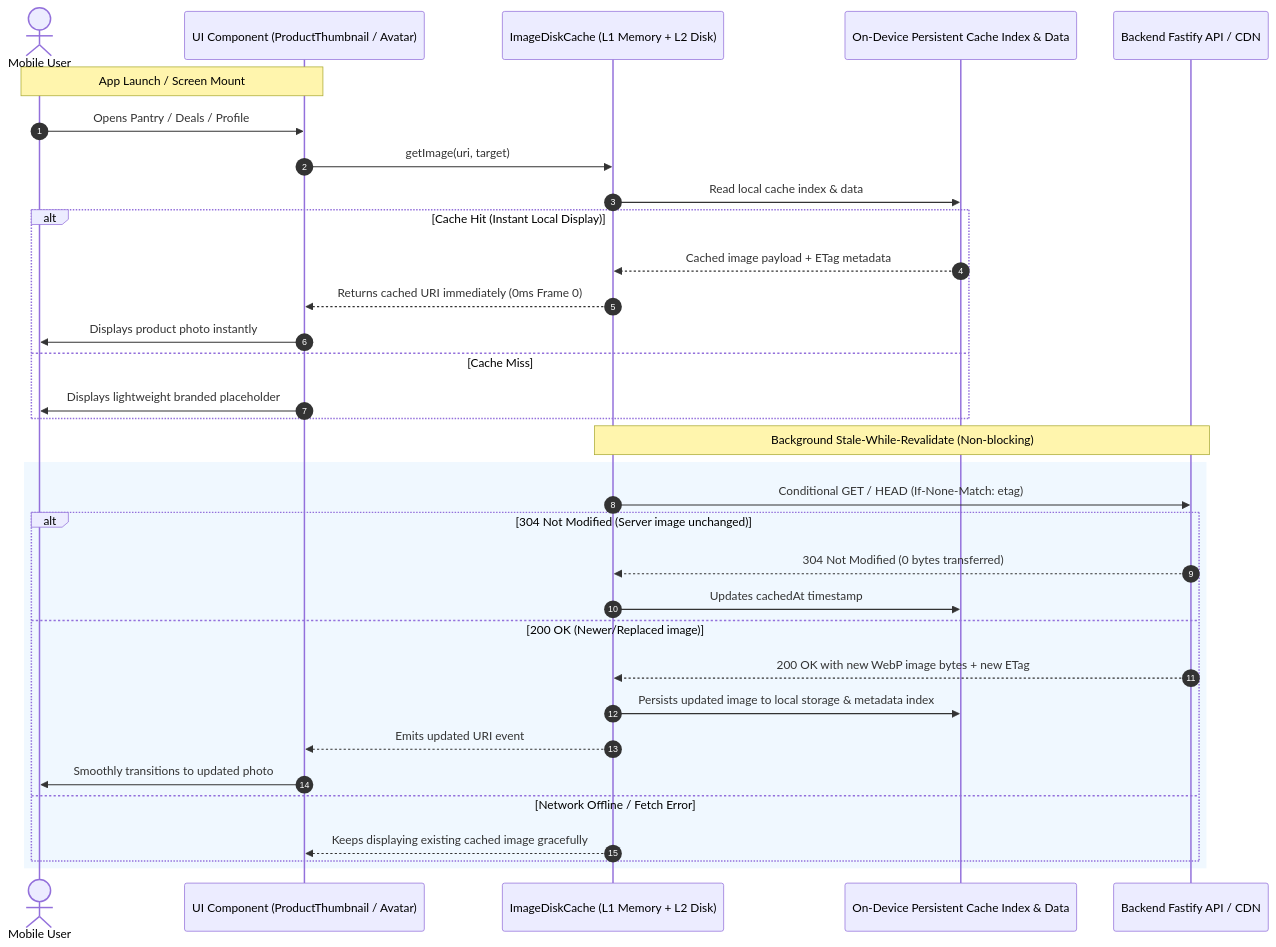
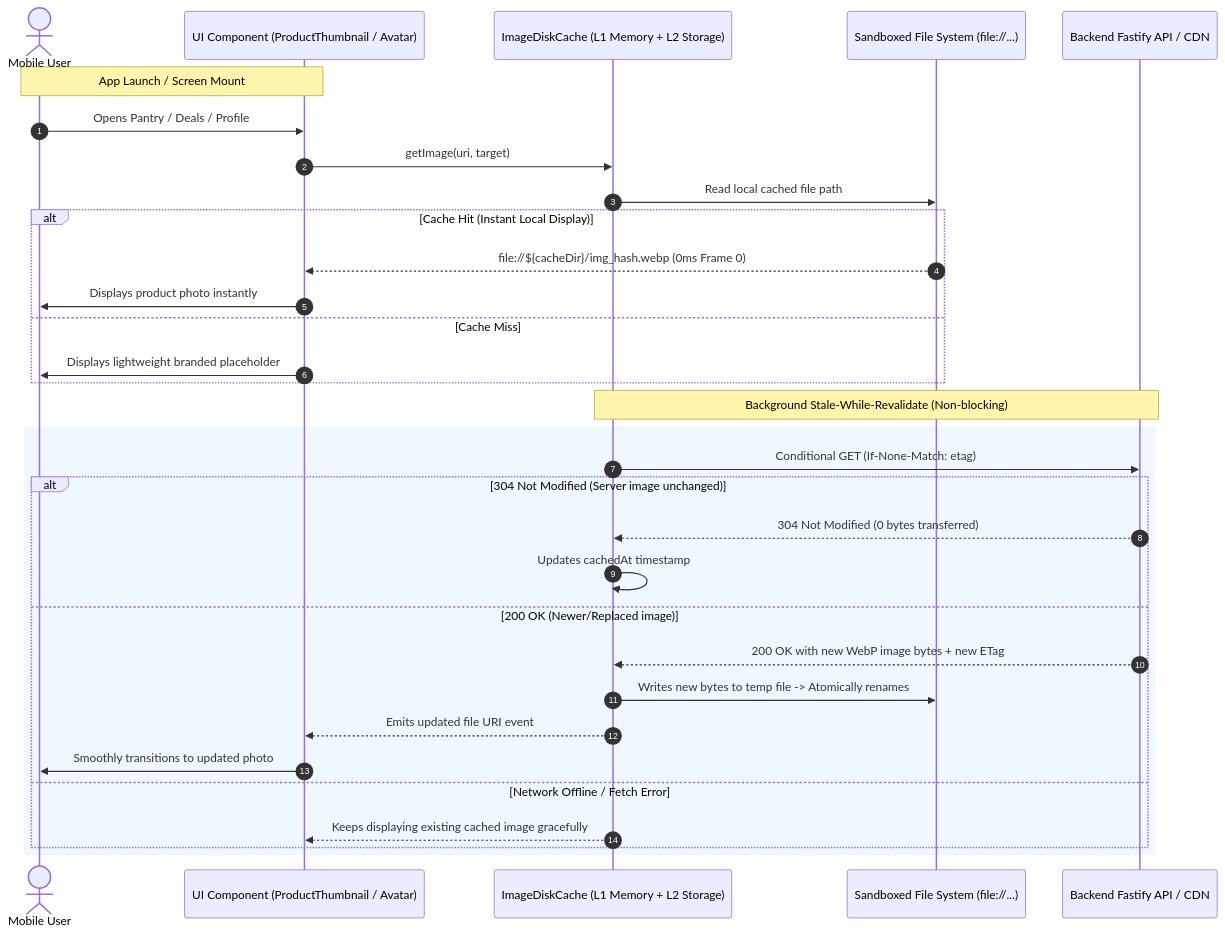
The diagram in plans/260827-1645-mobile-offline-first-image-cache-and-stale-revalidate/plan.md (kiemdanle/newapp), drawn with Mermaid before and after one commit. The commit also changed other lines of this file and 4 other files, not shown here.

Commit message:
docs(plan): apply adversarial red team review findings to mobile offline image cache plan

````diff
--- a/plans/260827-1645-mobile-offline-first-image-cache-and-stale-revalidate/plan.md
+++ b/plans/260827-1645-mobile-offline-first-image-cache-and-stale-revalidate/plan.md
@@ -31,37 +32,36 @@
 ```mermaid
 sequenceDiagram
     autonumber
     actor User as Mobile User
     participant Component as UI Component (ProductThumbnail / Avatar)
-    participant Cache as ImageDiskCache (L1 Memory + L2 Disk)
-    participant Storage as On-Device Persistent Cache Index & Data
+    participant Cache as ImageDiskCache (L1 Memory + L2 Storage)
+    participant Disk as Sandboxed File System (file://...)
     participant API as Backend Fastify API / CDN
 
     Note over User,Component: App Launch / Screen Mount
     User->>Component: Opens Pantry / Deals / Profile
     Component->>Cache: getImage(uri, target)
-    Cache->>Storage: Read local cache index & data
+    Cache->>Disk: Read local cached file path
     alt Cache Hit (Instant Local Display)
-        Storage-->>Cache: Cached image payload + ETag metadata
-        Cache-->>Component: Returns cached URI immediately (0ms Frame 0)
+        Disk-->>Component: file://${cacheDir}/img_hash.webp (0ms Frame 0)
         Component->>User: Displays product photo instantly
     else Cache Miss
         Component->>User: Displays lightweight branded placeholder
     end
 
     Note over Cache,API: Background Stale-While-Revalidate (Non-blocking)
     rect rgb(240, 248, 255)
-        Cache->>API: Conditional GET / HEAD (If-None-Match: etag)
+        Cache->>API: Conditional GET (If-None-Match: etag)
         alt 304 Not Modified (Server image unchanged)
             API-->>Cache: 304 Not Modified (0 bytes transferred)
-            Cache->>Storage: Updates cachedAt timestamp
+            Cache->>Cache: Updates cachedAt timestamp
         else 200 OK (Newer/Replaced image)
             API-->>Cache: 200 OK with new WebP image bytes + new ETag
-            Cache->>Storage: Persists updated image to local storage & metadata index
-            Cache-->>Component: Emits updated URI event
+            Cache->>Disk: Writes new bytes to temp file -> Atomically renames
+            Cache-->>Component: Emits updated file URI event
             Component->>User: Smoothly transitions to updated photo
         else Network Offline / Fetch Error
             Cache-->>Component: Keeps displaying existing cached image gracefully
         end
     end
 ```
````
